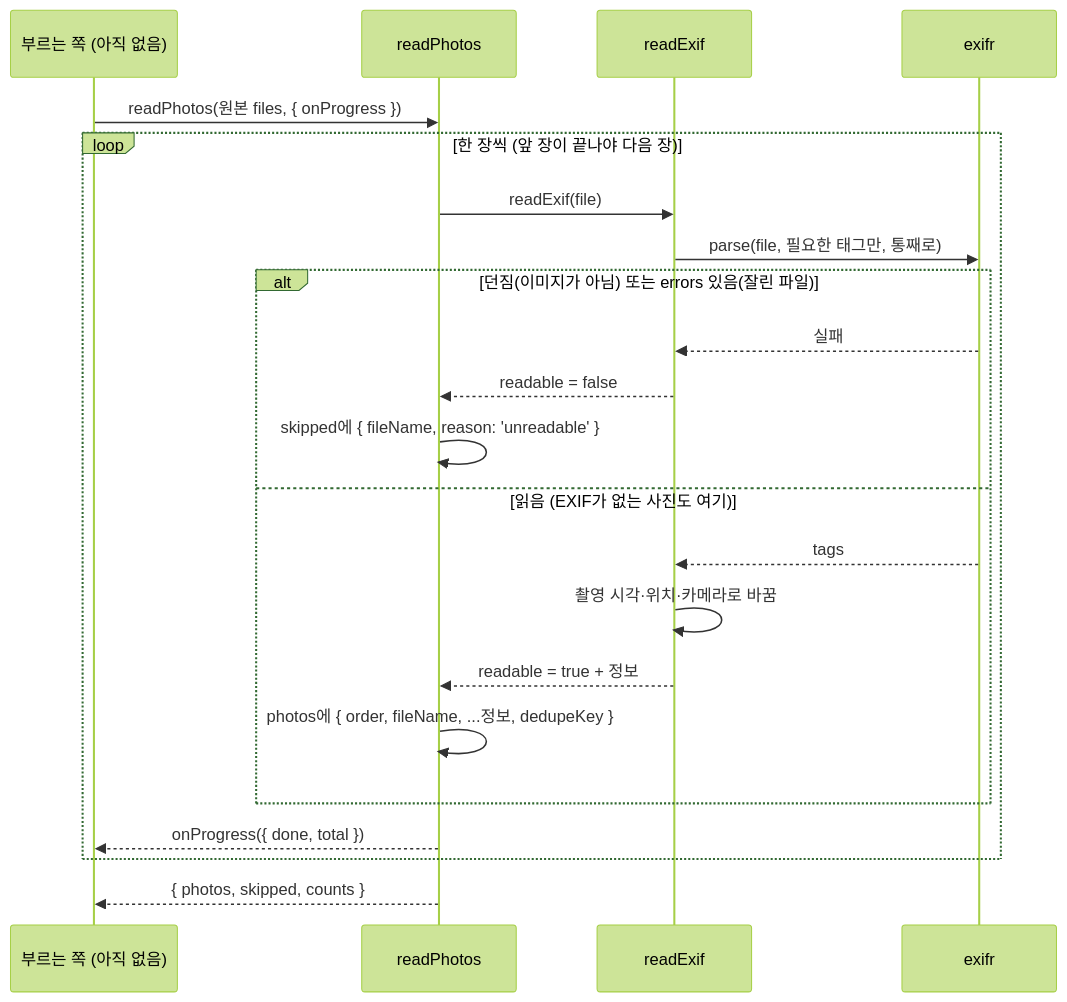
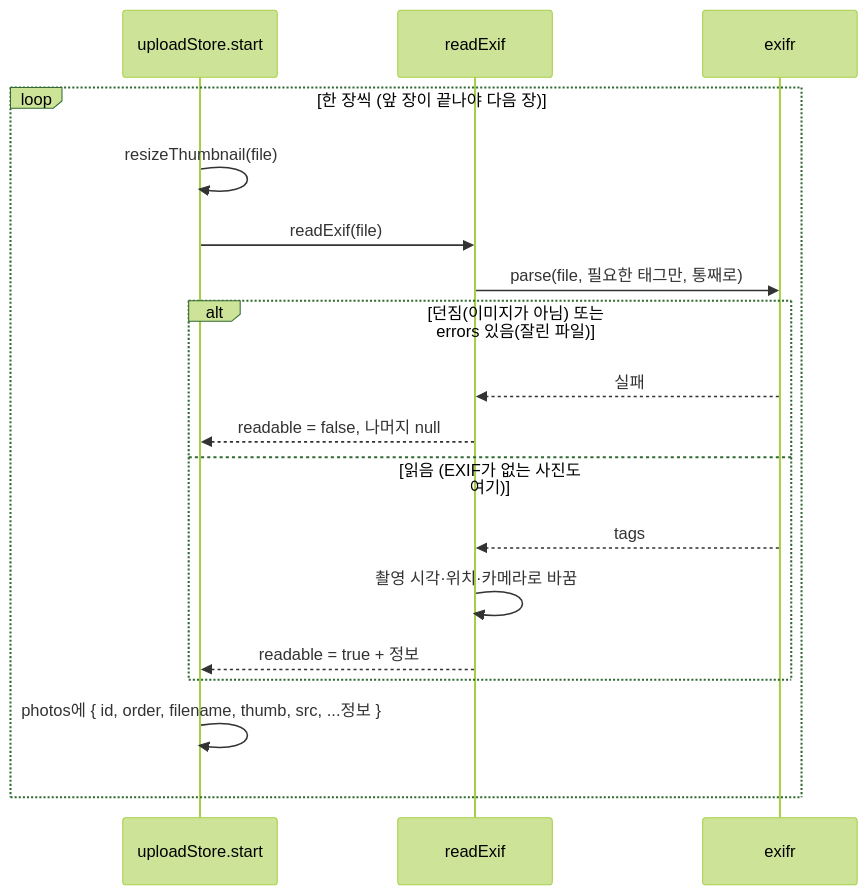
Before and after one commit to 2026-WebFW-1/danyeo-on: the third of 3 diagrams in docs/upload/DROP_FLOW.md, drawn with Mermaid (forest theme). The commit also changed other lines of this file and 14 other files, not shown here.

````diff
--- a/docs/upload/DROP_FLOW.md
+++ b/docs/upload/DROP_FLOW.md
@@ -85,25 +87,21 @@
 ```mermaid
 sequenceDiagram
-    participant 부르는쪽 as 부르는 쪽 (아직 없음)
-    participant 읽기 as readPhotos
+    participant 쌓기 as uploadStore.start
     participant 정보 as readExif
     participant exifr
 
-    부르는쪽->>읽기: readPhotos(원본 files, { onProgress })
     loop 한 장씩 (앞 장이 끝나야 다음 장)
-        읽기->>정보: readExif(file)
+        쌓기->>쌓기: resizeThumbnail(file)
+        쌓기->>정보: readExif(file)
         정보->>exifr: parse(file, 필요한 태그만, 통째로)
         alt 던짐(이미지가 아님) 또는 errors 있음(잘린 파일)
             exifr-->>정보: 실패
-            정보-->>읽기: readable = false
-            읽기->>읽기: skipped에 { fileName, reason: 'unreadable' }
+            정보-->>쌓기: readable = false, 나머지 null
         else 읽음 (EXIF가 없는 사진도 여기)
             exifr-->>정보: tags
             정보->>정보: 촬영 시각·위치·카메라로 바꿈
-            정보-->>읽기: readable = true + 정보
-            읽기->>읽기: photos에 { order, fileName, ...정보, dedupeKey }
+            정보-->>쌓기: readable = true + 정보
         end
-        읽기-->>부르는쪽: onProgress({ done, total })
+        쌓기->>쌓기: photos에 { id, order, filename, thumb, src, ...정보 }
     end
-    읽기-->>부르는쪽: { photos, skipped, counts }
 ```
````
